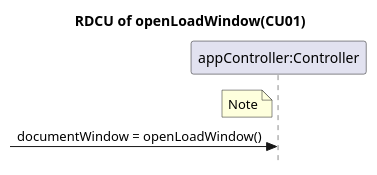
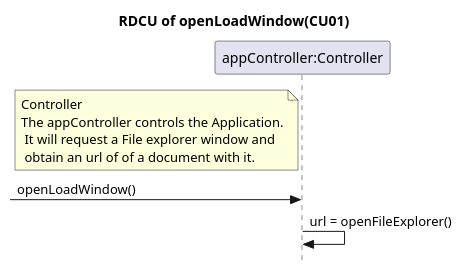
The first of 2 diagrams in docs/RDCU/cu01_LoadList_rdcus.puml (vexys001/RandoTracker), drawn with PlantUML before and after one commit. The commit also changed other lines of this file and 1 other file, not shown here.

```diff
--- a/docs/RDCU/cu01_LoadList_rdcus.puml
+++ b/docs/RDCU/cu01_LoadList_rdcus.puml
@@ -1,12 +1,16 @@
 @startuml
 skinparam style strictuml
 skinparam defaultfontname Verdana
 title RDCU of openLoadWindow(CU01)
 
 participant "appController:Controller" as ac
 
 
-note left of ac: Note
-->ac : documentWindow = openLoadWindow()
+note left of ac: Controller\nThe appController controls the Application.\n It will request a File explorer window and\n obtain an url of of a document with it.
+->ac : openLoadWindow()
+
+ac->ac : url = openFileExplorer()
+
+
 
 @enduml
```
